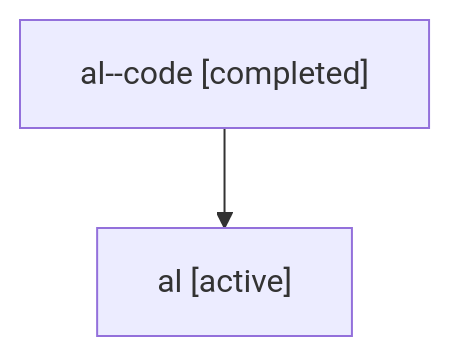
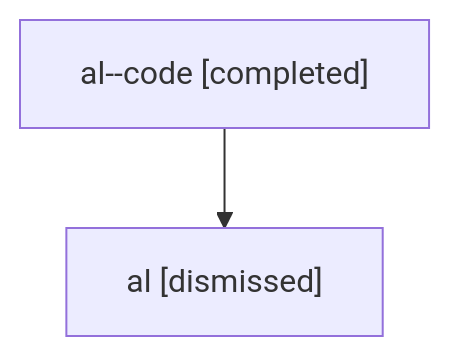
One commit to sase-org/sase--agents changed the diagram in sessions/bbugyi200.athena.al.md. Above: the diagram before and after it, drawn with Mermaid. The commit also changed other lines of this file and 34 other files, not shown here.

````diff
--- a/sessions/bbugyi200.athena.al.md
+++ b/sessions/bbugyi200.athena.al.md
@@ -9,6 +9,6 @@
 ```mermaid
 flowchart TD
   n0["al--code [completed]"]
-  n1["al [active]"]
+  n1["al [dismissed]"]
   n0 --> n1
 ```
````
